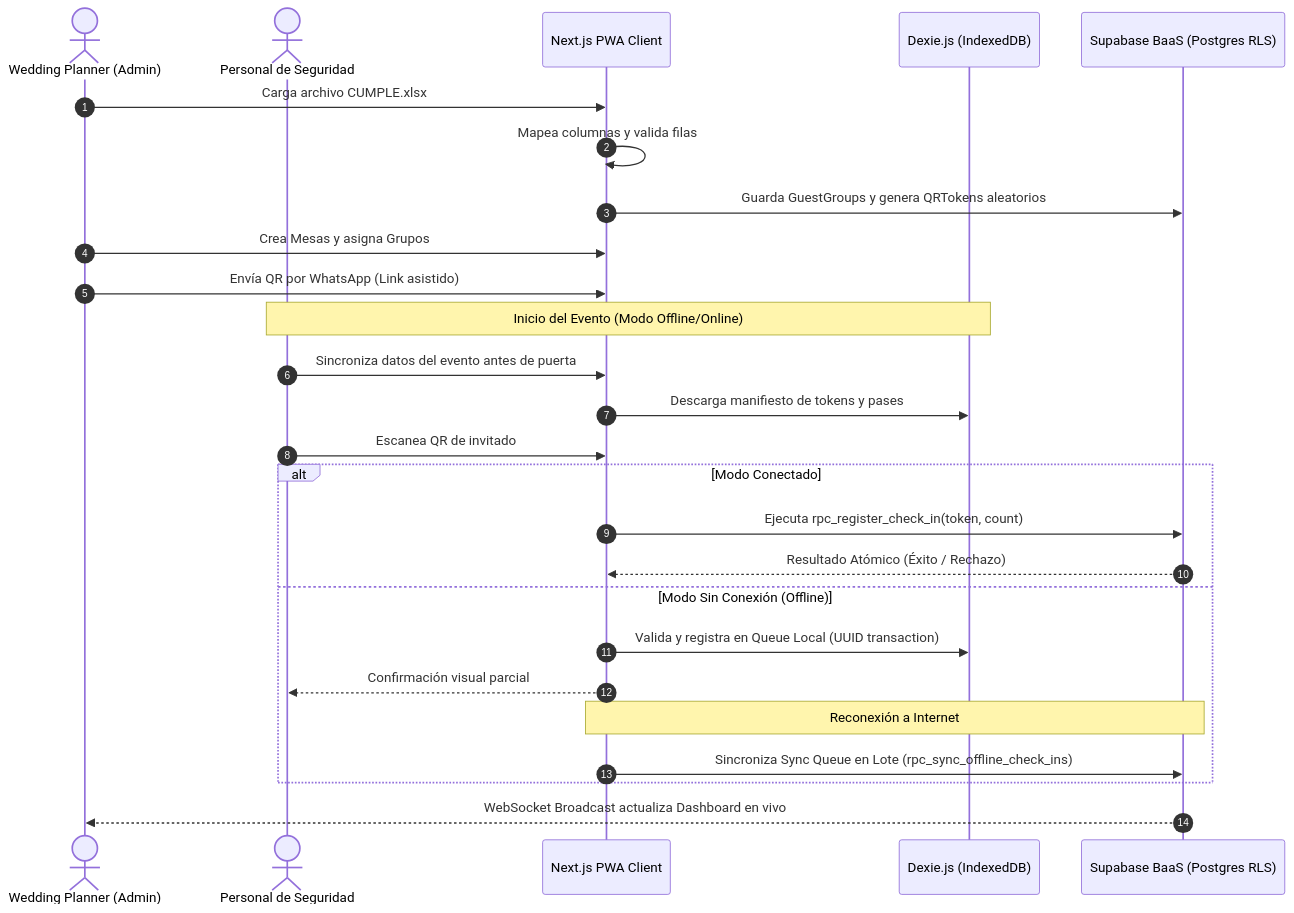
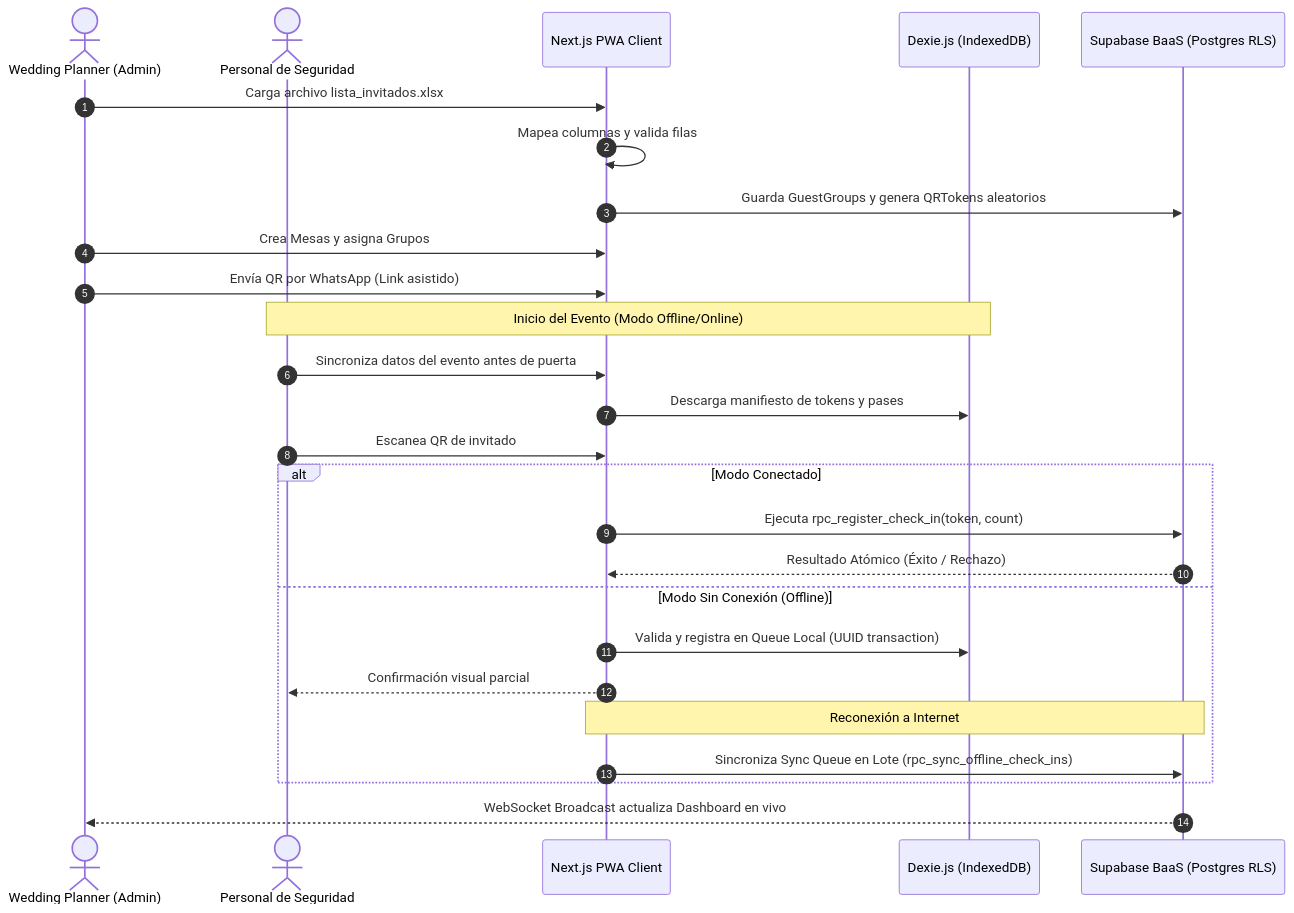
Before and after one commit to techinnovareg-lgtm/eventcontrol-pe: the second of 3 diagrams in ARCHITECTURE.md, drawn with Mermaid. The commit also changed 7 other files, not shown here.

Commit message:
fix: completely remove all references to CUMPLE.xlsx across all plans, UI components, login demo, import wizard, and docs

````diff
--- a/ARCHITECTURE.md
+++ b/ARCHITECTURE.md
@@ -56,32 +56,32 @@
 ```mermaid
 sequenceDiagram
     autonumber
     actor WP as Wedding Planner (Admin)
     actor SEG as Personal de Seguridad
     participant APP as Next.js PWA Client
     participant IDB as Dexie.js (IndexedDB)
     participant API as Supabase BaaS (Postgres RLS)
 
-    WP->>APP: Carga archivo CUMPLE.xlsx
+    WP->>APP: Carga archivo lista_invitados.xlsx
     APP->>APP: Mapea columnas y valida filas
     APP->>API: Guarda GuestGroups y genera QRTokens aleatorios
     WP->>APP: Crea Mesas y asigna Grupos
     WP->>APP: Envía QR por WhatsApp (Link asistido)
     
     Note over SEG, IDB: Inicio del Evento (Modo Offline/Online)
     SEG->>APP: Sincroniza datos del evento antes de puerta
     APP->>IDB: Descarga manifiesto de tokens y pases
     
     SEG->>APP: Escanea QR de invitado
     alt Modo Conectado
         APP->>API: Ejecuta rpc_register_check_in(token, count)
         API-->>APP: Resultado Atómico (Éxito / Rechazo)
     else Modo Sin Conexión (Offline)
         APP->>IDB: Valida y registra en Queue Local (UUID transaction)
         APP-->>SEG: Confirmación visual parcial
         Note over APP, API: Reconexión a Internet
         APP->>API: Sincroniza Sync Queue en Lote (rpc_sync_offline_check_ins)
     end
     
     API-->>WP: WebSocket Broadcast actualiza Dashboard en vivo
 ```
````
